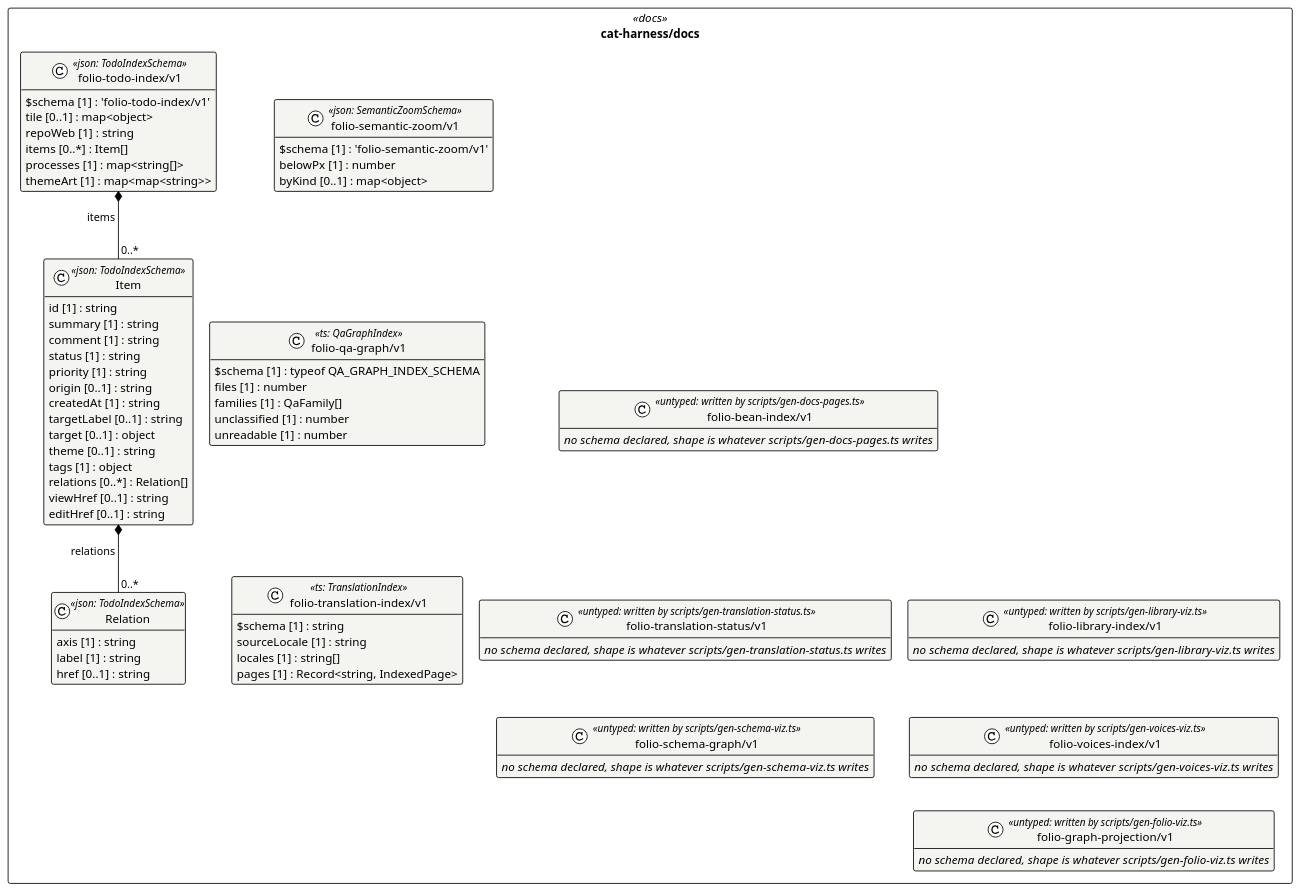
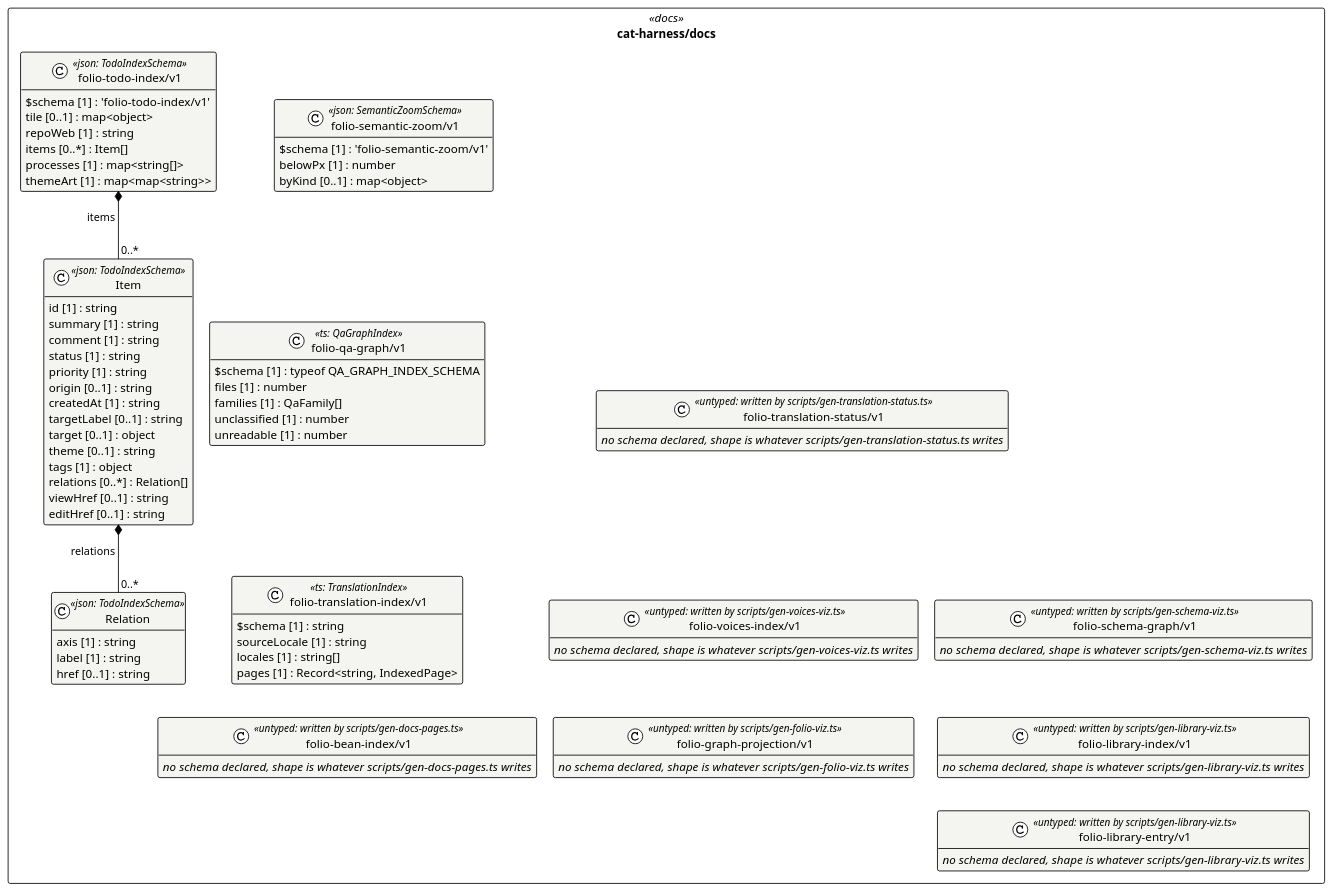
The diagram in cat-harness/uml/overview/cat-harness/docs.puml (litlfred/folio-assistant), drawn with PlantUML before and after one commit. The commit also changed 62 other files, not shown here.

```diff
--- a/cat-harness/uml/overview/cat-harness/docs.puml
+++ b/cat-harness/uml/overview/cat-harness/docs.puml
@@ -3,79 +3,82 @@
 @startuml cat_harness_docs
 !pragma layout elk
 !theme plain
 skinparam classAttributeIconSize 0
 skinparam shadowing false
 skinparam packageStyle rectangle
 hide empty methods
 
 package "cat-harness/docs" as pkg_cat_harness_docs <<docs>> {
   class "Relation" as cat_harness_docs_folio_todo_index_v1_Relation <<json: TodoIndexSchema>> #f4f4f1 {
     axis [1] : string
     label [1] : string
     href [0..1] : string
   }
   class "Item" as cat_harness_docs_folio_todo_index_v1_Item <<json: TodoIndexSchema>> #f4f4f1 {
     id [1] : string
     summary [1] : string
     comment [1] : string
     status [1] : string
     priority [1] : string
     origin [0..1] : string
     createdAt [1] : string
     targetLabel [0..1] : string
     target [0..1] : object
     theme [0..1] : string
     tags [1] : object
     relations [0..*] : Relation[]
     viewHref [0..1] : string
     editHref [0..1] : string
   }
   class "folio-todo-index/v1" as cat_harness_docs_folio_todo_index_v1_folio_todo_index_v1 <<json: TodoIndexSchema>> #f4f4f1 {
     $schema [1] : 'folio-todo-index/v1'
     tile [0..1] : map<object>
     repoWeb [1] : string
     items [0..*] : Item[]
     processes [1] : map<string[]>
     themeArt [1] : map<map<string>>
   }
   class "folio-semantic-zoom/v1" as cat_harness_docs_folio_semantic_zoom_v1_folio_semantic_zoom_v1 <<json: SemanticZoomSchema>> #f4f4f1 {
     $schema [1] : 'folio-semantic-zoom/v1'
     belowPx [1] : number
     byKind [0..1] : map<object>
   }
   class "folio-qa-graph/v1" as cat_harness_docs_folio_qa_graph_v1 <<ts: QaGraphIndex>> #f4f4f1 {
     $schema [1] : typeof QA_GRAPH_INDEX_SCHEMA
     files [1] : number
     families [1] : QaFamily[]
     unclassified [1] : number
     unreadable [1] : number
   }
   class "folio-translation-index/v1" as cat_harness_docs_folio_translation_index_v1 <<ts: TranslationIndex>> #f4f4f1 {
     $schema [1] : string
     sourceLocale [1] : string
     locales [1] : string[]
     pages [1] : Record<string, IndexedPage>
   }
   class "folio-bean-index/v1" as cat_harness_docs_folio_bean_index_v1 <<untyped: written by scripts/gen-docs-pages.ts>> #f4f4f1 {
     //no schema declared, shape is whatever scripts/gen-docs-pages.ts writes//
   }
   class "folio-translation-status/v1" as cat_harness_docs_folio_translation_status_v1 <<untyped: written by scripts/gen-translation-status.ts>> #f4f4f1 {
     //no schema declared, shape is whatever scripts/gen-translation-status.ts writes//
   }
   class "folio-schema-graph/v1" as cat_harness_docs_folio_schema_graph_v1 <<untyped: written by scripts/gen-schema-viz.ts>> #f4f4f1 {
     //no schema declared, shape is whatever scripts/gen-schema-viz.ts writes//
   }
   class "folio-library-index/v1" as cat_harness_docs_folio_library_index_v1 <<untyped: written by scripts/gen-library-viz.ts>> #f4f4f1 {
     //no schema declared, shape is whatever scripts/gen-library-viz.ts writes//
   }
+  class "folio-library-entry/v1" as cat_harness_docs_folio_library_entry_v1 <<untyped: written by scripts/gen-library-viz.ts>> #f4f4f1 {
+    //no schema declared, shape is whatever scripts/gen-library-viz.ts writes//
+  }
   class "folio-voices-index/v1" as cat_harness_docs_folio_voices_index_v1 <<untyped: written by scripts/gen-voices-viz.ts>> #f4f4f1 {
     //no schema declared, shape is whatever scripts/gen-voices-viz.ts writes//
   }
   class "folio-graph-projection/v1" as cat_harness_docs_folio_graph_projection_v1 <<untyped: written by scripts/gen-folio-viz.ts>> #f4f4f1 {
     //no schema declared, shape is whatever scripts/gen-folio-viz.ts writes//
   }
 }
 
 cat_harness_docs_folio_todo_index_v1_Item *-- "0..*" cat_harness_docs_folio_todo_index_v1_Relation : relations
 cat_harness_docs_folio_todo_index_v1_folio_todo_index_v1 *-- "0..*" cat_harness_docs_folio_todo_index_v1_Item : items
 @enduml
```
